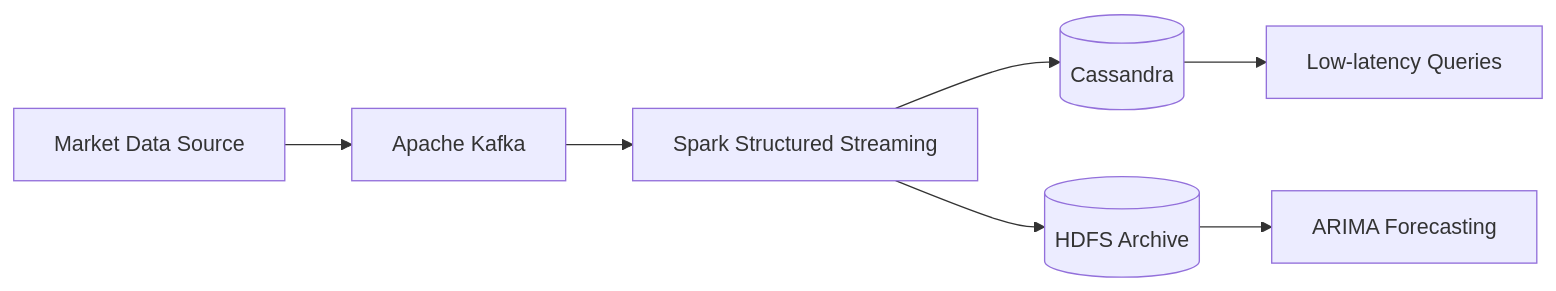
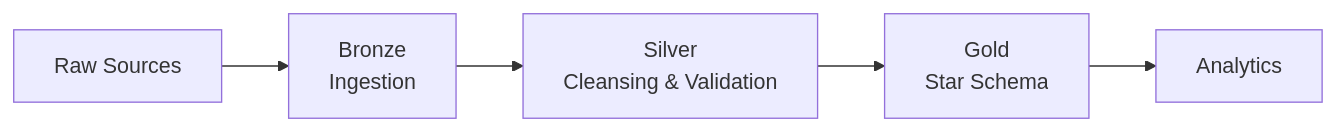
Before and after one commit to justMouad/justMouad: the second of 2 diagrams in README.md, drawn with Mermaid. The commit also changed other lines of this file, not shown here.

````diff
--- a/README.md
+++ b/README.md
@@ -140,9 +111,7 @@
 ```mermaid
 flowchart LR
-    A[Market Data Source] --> B[Apache Kafka]
-    B --> C[Spark Structured Streaming]
-    C --> D[(Cassandra)]
-    C --> E[(HDFS Archive)]
-    E --> F[ARIMA Forecasting]
-    D --> G[Low-latency Queries]
+    A[Raw Sources] --> B[Bronze<br/>Ingestion]
+    B --> C[Silver<br/>Cleansing & Validation]
+    C --> D[Gold<br/>Star Schema]
+    D --> E[Analytics]
 ```
````
